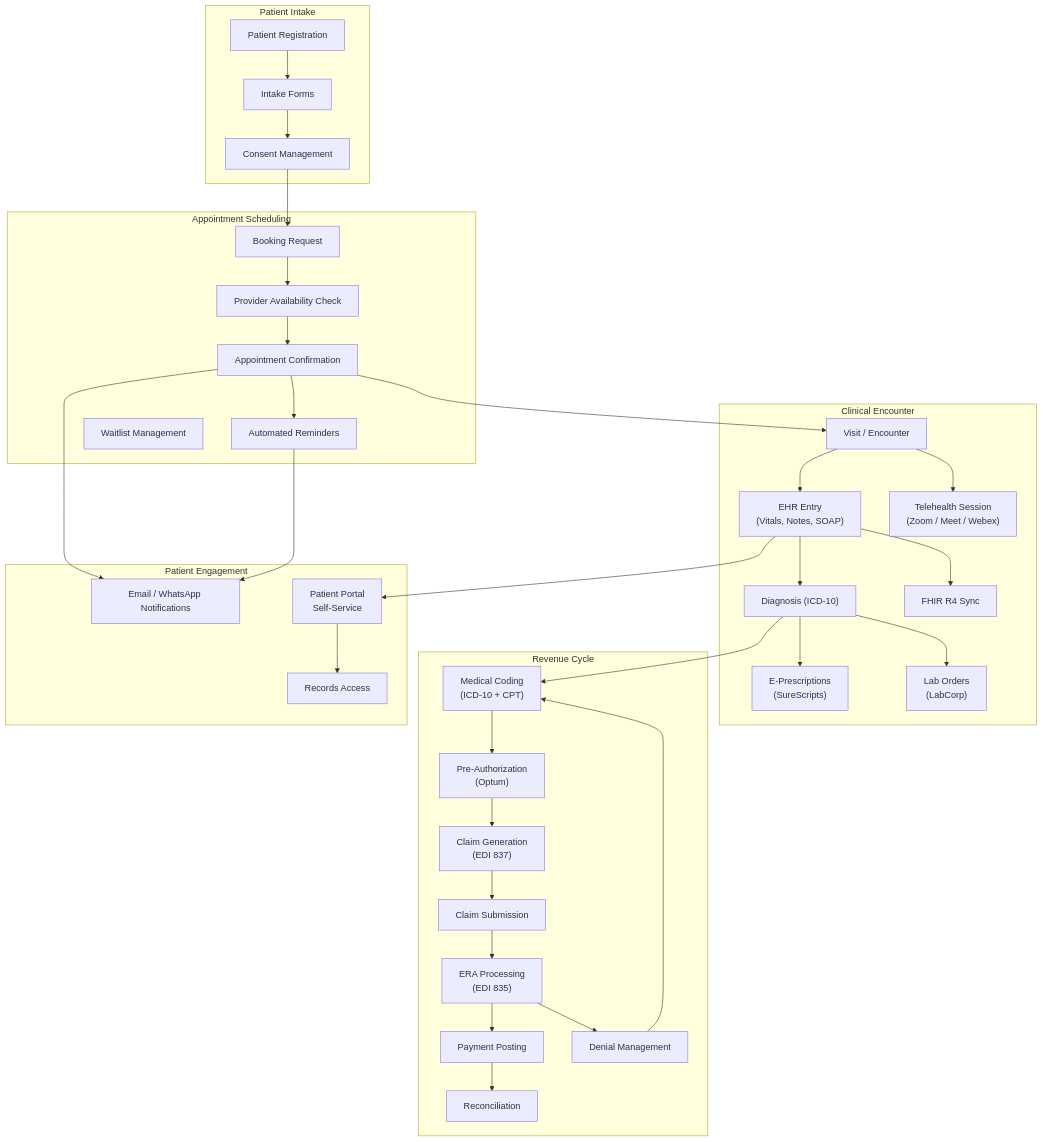
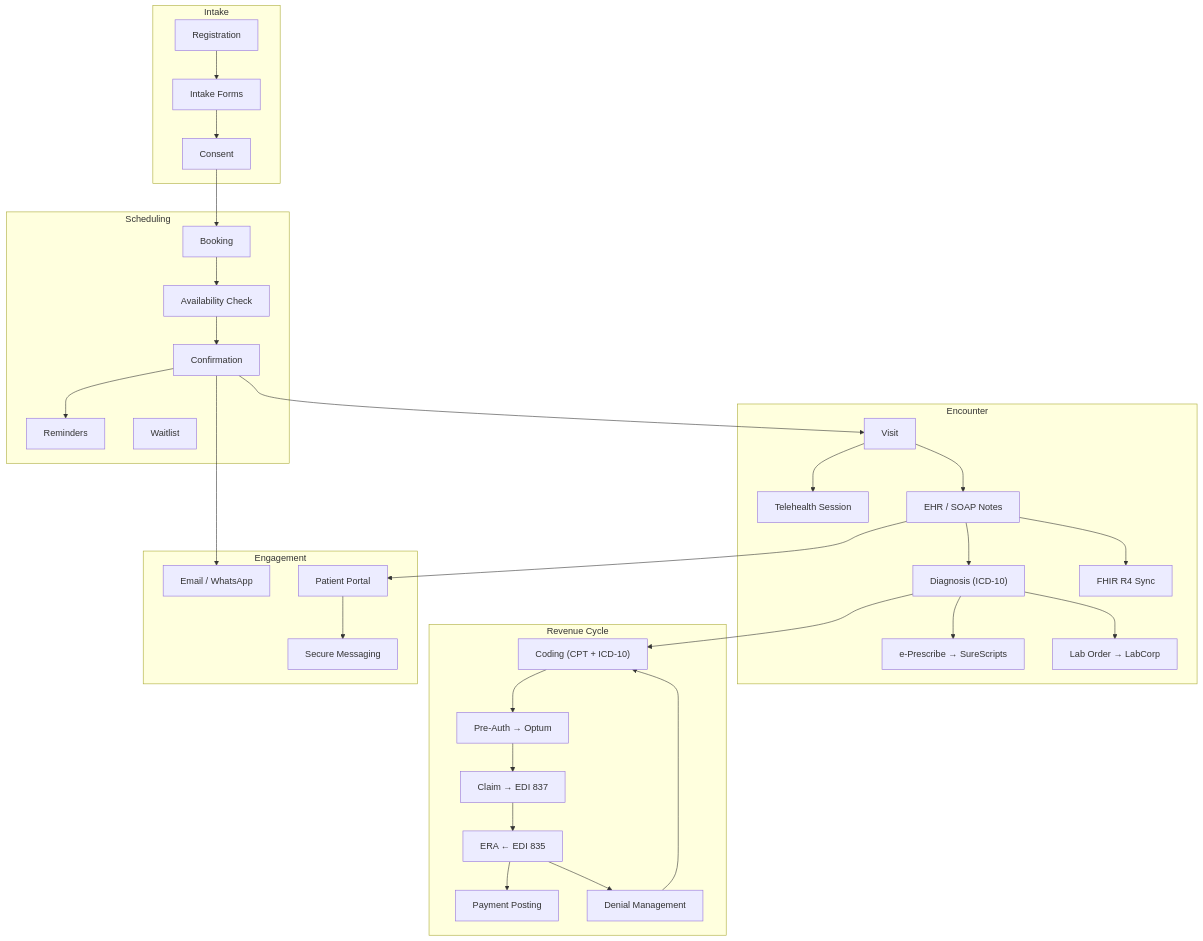
Before and after one commit to rajbizchannels/AureonCare: diagram 12 of 19 in ARCHITECTURE_DIAGRAM.md, drawn with Mermaid. The commit also changed other lines of this file, not shown here.

First line of the commit message:
Update the architecture diagram to match the code as it stands

````diff
--- a/ARCHITECTURE_DIAGRAM.md
+++ b/ARCHITECTURE_DIAGRAM.md
@@ -518,69 +515,57 @@
 ```mermaid
 flowchart TD
-    subgraph Intake["Patient Intake"]
-        REG["Patient Registration"]
-        INTAKE_FORM["Intake Forms"]
-        CONSENT["Consent Management"]
+    subgraph Intake["Intake"]
+        REG["Registration"]
+        FORMS["Intake Forms"]
+        CONSENT["Consent"]
     end
 
-    subgraph Scheduling["Appointment Scheduling"]
-        BOOK["Booking Request"]
-        AVAIL["Provider Availability Check"]
-        CONFIRM["Appointment Confirmation"]
-        REMIND["Automated Reminders"]
-        WAITLIST["Waitlist Management"]
+    subgraph Sched["Scheduling"]
+        BOOK["Booking"]
+        AVAIL["Availability Check"]
+        CONF["Confirmation"]
+        REMIND["Reminders"]
+        WAIT["Waitlist"]
     end
 
-    subgraph Clinical["Clinical Encounter"]
-        VISIT["Visit / Encounter"]
-        EHR_ENTRY["EHR Entry<br/>(Vitals, Notes, SOAP)"]
+    subgraph Enc["Encounter"]
+        VISIT["Visit"]
+        TELE["Telehealth Session"]
+        EHR["EHR / SOAP Notes"]
         DX["Diagnosis (ICD-10)"]
-        RX["E-Prescriptions<br/>(SureScripts)"]
-        LAB["Lab Orders<br/>(LabCorp)"]
-        TELE_SESS["Telehealth Session<br/>(Zoom / Meet / Webex)"]
-        FHIR_SYNC["FHIR R4 Sync"]
+        RX["e-Prescribe → SureScripts"]
+        LAB["Lab Order → LabCorp"]
+        FHIRS["FHIR R4 Sync"]
     end
 
-    subgraph RCM_FLOW["Revenue Cycle"]
-        CODING["Medical Coding<br/>(ICD-10 + CPT)"]
-        PREAUTH["Pre-Authorization<br/>(Optum)"]
-        CLAIM["Claim Generation<br/>(EDI 837)"]
-        SUBMISSION["Claim Submission"]
-        ERA["ERA Processing<br/>(EDI 835)"]
-        PAYMENT["Payment Posting"]
-        DENIAL["Denial Management"]
-        RECONCILE["Reconciliation"]
+    subgraph RCM["Revenue Cycle"]
+        CODE["Coding (CPT + ICD-10)"]
+        PRE["Pre-Auth → Optum"]
+        CLAIM["Claim → EDI 837"]
+        ERA["ERA ← EDI 835"]
+        POST["Payment Posting"]
+        DENY["Denial Management"]
     end
 
-    subgraph PatientEng["Patient Engagement"]
-        NOTIF_E["Email / WhatsApp Notifications"]
-        PORTAL["Patient Portal<br/>Self-Service"]
-        RECORDS_ACCESS["Records Access"]
+    subgraph Eng["Engagement"]
+        MSG["Secure Messaging"]
+        NOTIF["Email / WhatsApp"]
+        PORTAL["Patient Portal"]
     end
 
-    REG --> INTAKE_FORM --> CONSENT
-    CONSENT --> BOOK
-    BOOK --> AVAIL --> CONFIRM
-    CONFIRM --> REMIND
-    CONFIRM --> VISIT
-    VISIT --> TELE_SESS
-    VISIT --> EHR_ENTRY
-    EHR_ENTRY --> DX
+    REG --> FORMS --> CONSENT --> BOOK
+    BOOK --> AVAIL --> CONF
+    CONF --> REMIND
+    CONF --> VISIT --> TELE
+    VISIT --> EHR --> DX
     DX --> RX
     DX --> LAB
-    DX --> CODING
-    EHR_ENTRY --> FHIR_SYNC
-    CODING --> PREAUTH
-    PREAUTH --> CLAIM
-    CLAIM --> SUBMISSION
-    SUBMISSION --> ERA
-    ERA --> PAYMENT
-    ERA --> DENIAL
-    PAYMENT --> RECONCILE
-    DENIAL --> CODING
-
-    CONFIRM --> NOTIF_E
-    REMIND --> NOTIF_E
-    EHR_ENTRY --> PORTAL
-    PORTAL --> RECORDS_ACCESS
+    DX --> CODE
+    EHR --> FHIRS
+    CODE --> PRE --> CLAIM --> ERA
+    ERA --> POST
+    ERA --> DENY --> CODE
+    CONF --> NOTIF
+    EHR --> PORTAL
+    PORTAL --> MSG
 ```
````
